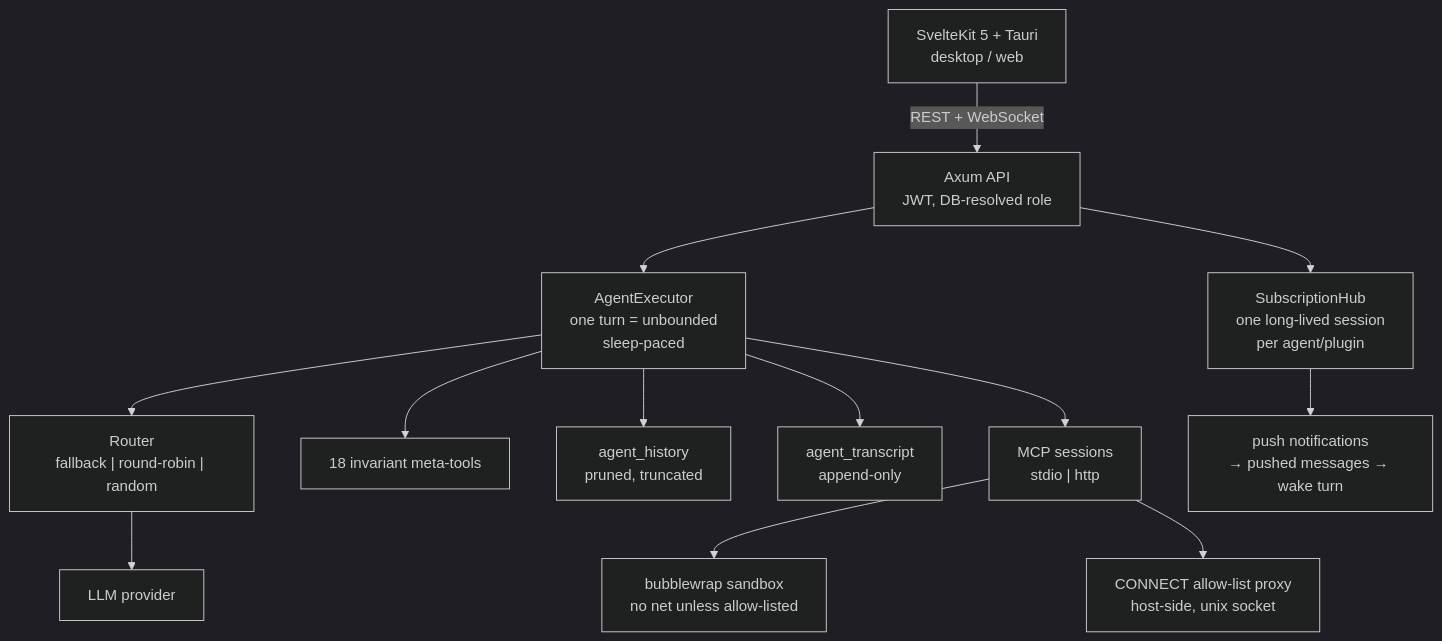
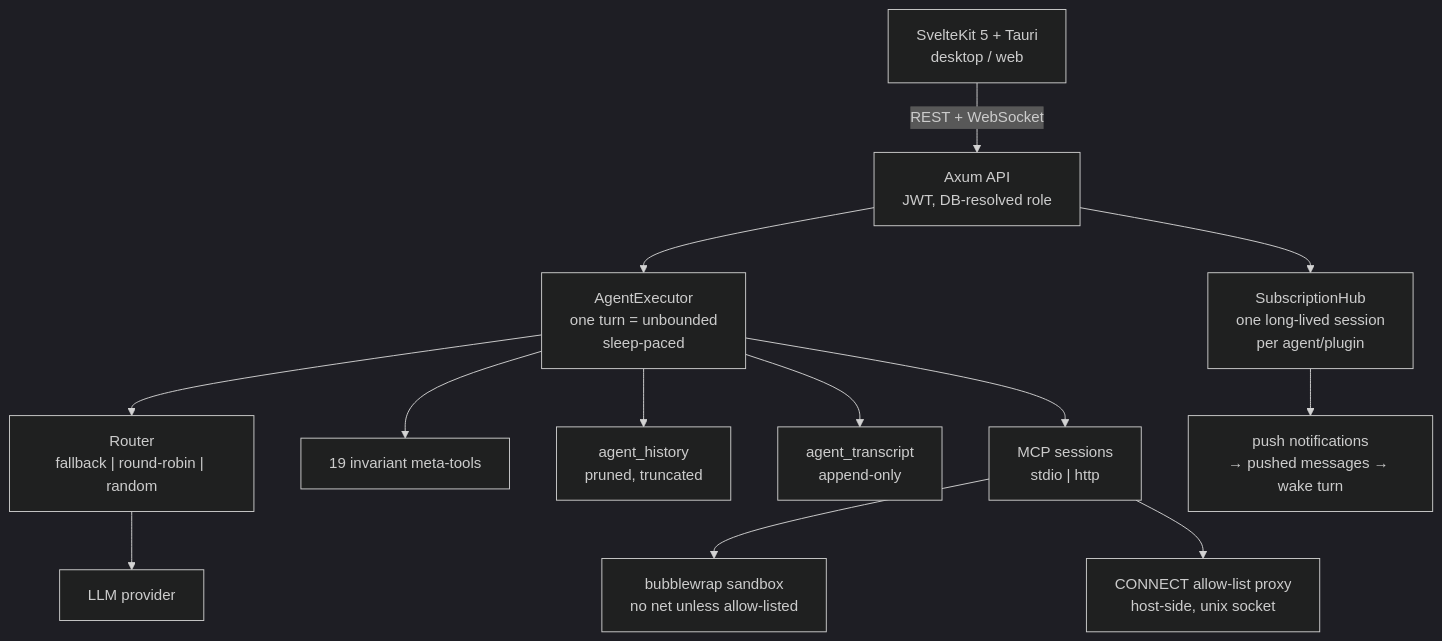
One commit to Neuxbane/NeuxDOT changed the diagram in README.md. Above: the diagram before and after it, drawn with Mermaid (dark theme). The commit also changed other lines of this file and 10 other files, not shown here.

````diff
--- a/README.md
+++ b/README.md
@@ -168,15 +168,15 @@
 ```mermaid
 flowchart TB
     UI["SvelteKit 5 + Tauri<br/>desktop / web"] -->|REST + WebSocket| API
     API["Axum API<br/>JWT, DB-resolved role"] --> EXEC
     EXEC["AgentExecutor<br/>one turn = unbounded<br/>sleep-paced"] --> ROUTER
-    EXEC --> META["18 invariant meta-tools"]
+    EXEC --> META["19 invariant meta-tools"]
     EXEC --> HIST["agent_history<br/>pruned, truncated"]
     EXEC --> TRAN["agent_transcript<br/>append-only"]
     ROUTER["Router<br/>fallback | round-robin | random"] --> LLM["LLM provider"]
     EXEC --> SESS["MCP sessions<br/>stdio | http"]
     SESS --> SBX["bubblewrap sandbox<br/>no net unless allow-listed"]
     SESS --> PROXY["CONNECT allow-list proxy<br/>host-side, unix socket"]
     API --> HUB["SubscriptionHub<br/>one long-lived session<br/>per agent/plugin"]
     HUB --> PUSH["push notifications<br/>→ pushed messages → wake turn"]
 ```
````
